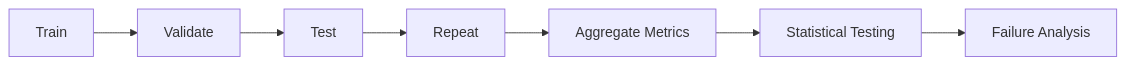
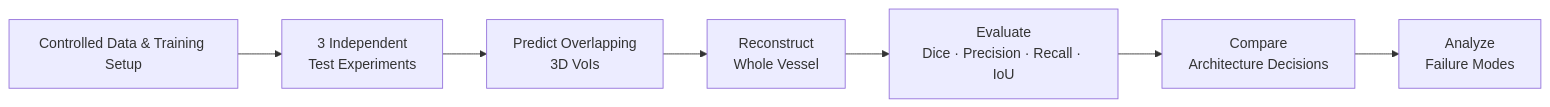
The sixth of 6 diagrams in README.md (ChengYuChing/3D-DLimage-segmentation), drawn with Mermaid before and after one commit. The commit also changed other lines of this file, not shown here.

````diff
--- a/README.md
+++ b/README.md
@@ -276,9 +273,12 @@
 ```mermaid
 flowchart LR
-    A["Train"] --> B["Validate"]
-    B --> C["Test"]
-    C --> D["Repeat"]
-    D --> E["Aggregate Metrics"]
-    E --> F["Statistical Testing"]
-    F --> G["Failure Analysis"]
+    A["Controlled Data & Training Setup"]
+    B["3 Independent<br/>Test Experiments"]
+    C["Predict Overlapping<br/>3D VoIs"]
+    D["Reconstruct<br/>Whole Vessel"]
+    E["Evaluate<br/>Dice · Precision · Recall · IoU"]
+    F["Compare<br/>Architecture Decisions"]
+    G["Analyze<br/>Failure Modes"]
+
+    A --> B --> C --> D --> E --> F --> G
 ```
````
